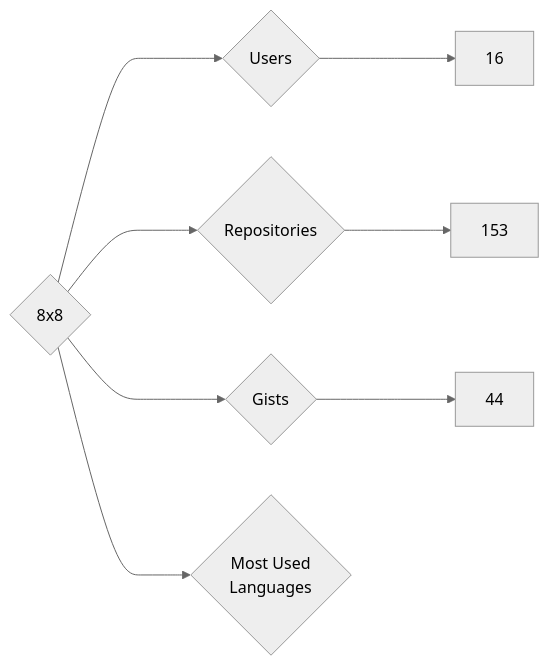
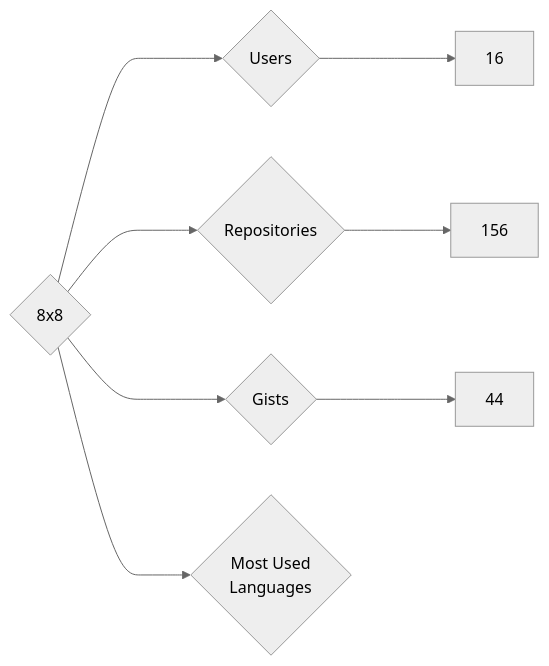
One commit to nenadzaric/insiders changed the diagram in targets/8x8/README.md. Above: the diagram before and after it, drawn with Mermaid (neutral theme). The commit also changed 31 other files, not shown here.

````diff
--- a/targets/8x8/README.md
+++ b/targets/8x8/README.md
@@ -3,8 +3,8 @@
 ```mermaid
 graph LR
 COMPANY_NAME{8x8}
 COMPANY_NAME ---> U{Users} ---> UN[16]
-COMPANY_NAME ---> R{Repositories} ---> RN[153]
+COMPANY_NAME ---> R{Repositories} ---> RN[156]
 COMPANY_NAME ---> G{Gists} ---> GN[44]
 COMPANY_NAME ---> ML{Most Used<br>Languages}
 ```
````
